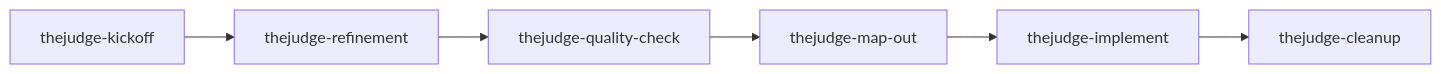
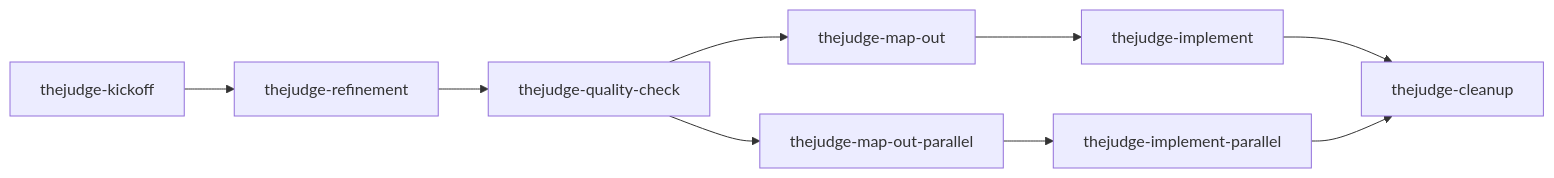
Before and after one commit to ChrisMiho/TheJudge: the diagram in AGENT-SKILLS.md, drawn with Mermaid. The commit also changed other lines of this file and 58 other files, not shown here.

````diff
--- a/AGENT-SKILLS.md
+++ b/AGENT-SKILLS.md
@@ -31,8 +39,11 @@
 ```mermaid
 flowchart LR
   kickoff[thejudge-kickoff] --> refinement[thejudge-refinement]
   refinement --> qc[thejudge-quality-check]
   qc --> mapout[thejudge-map-out]
+  qc --> mapoutp[thejudge-map-out-parallel]
   mapout --> implement[thejudge-implement]
+  mapoutp --> implementp[thejudge-implement-parallel]
   implement --> cleanup[thejudge-cleanup]
+  implementp --> cleanup
 ```
````
